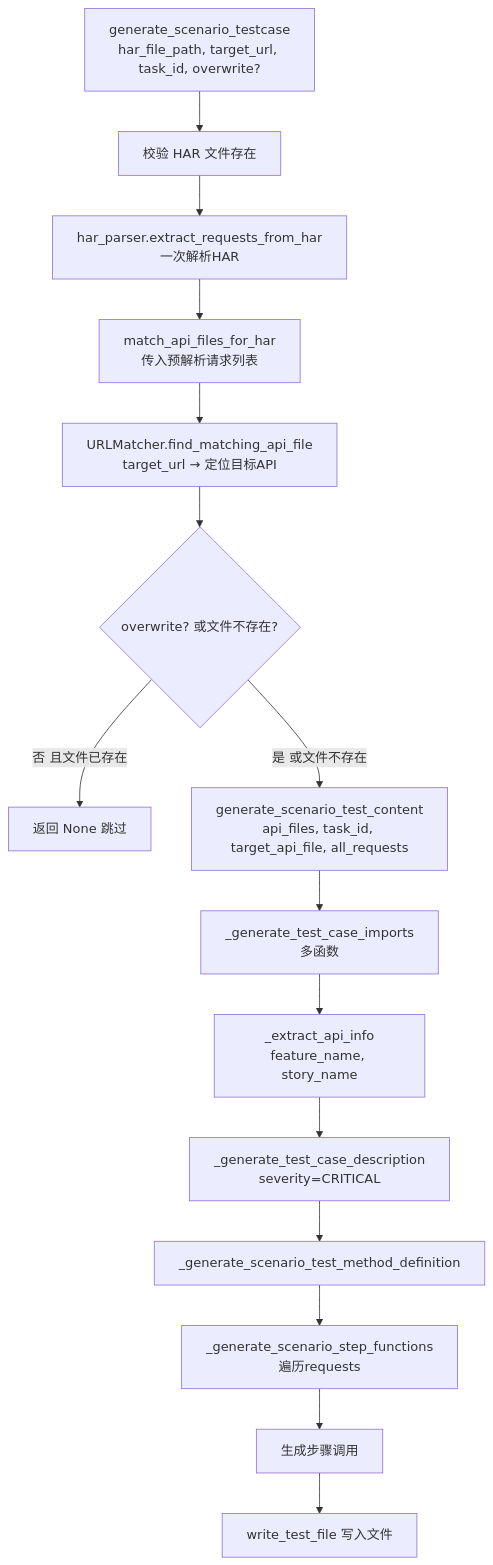
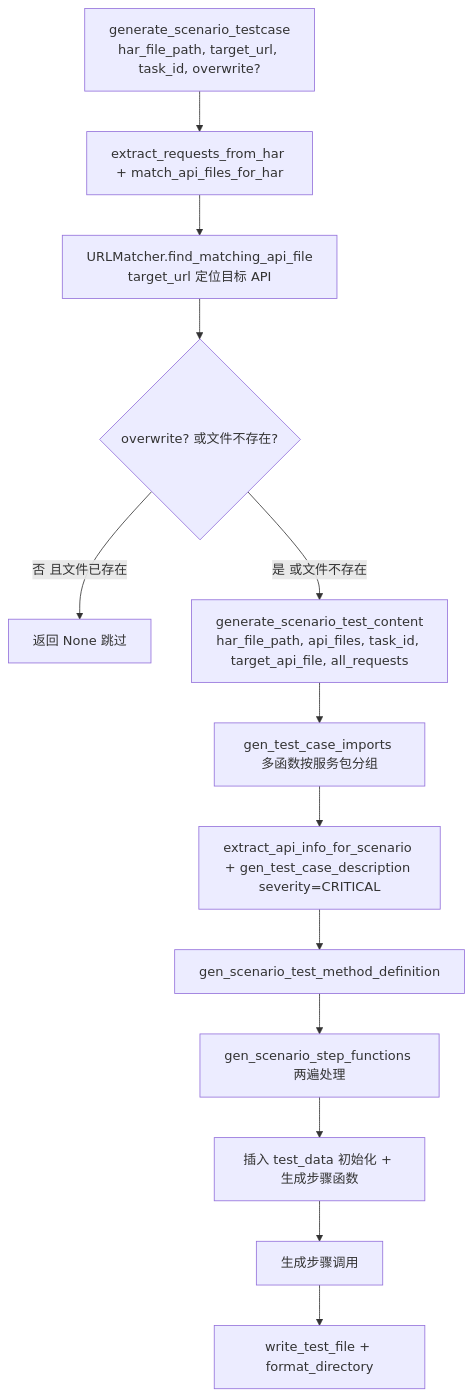
One commit to hewei198711/har2pytest changed the second of 3 diagrams in docs/testcase_generation_modes.md. Above: the diagram before and after it, drawn with Mermaid. The commit also changed other lines of this file and 14 other files, not shown here.

````diff
--- a/docs/testcase_generation_modes.md
+++ b/docs/testcase_generation_modes.md
@@ -160,17 +244,15 @@
 ```mermaid
 flowchart TD
-    A[generate_scenario_testcase<br/>har_file_path, target_url, task_id, overwrite?] --> B[校验 HAR 文件存在]
-    B --> C[har_parser.extract_requests_from_har<br/>一次解析HAR]
-    C --> D[match_api_files_for_har<br/>传入预解析请求列表]
-    D --> E[URLMatcher.find_matching_api_file<br/>target_url → 定位目标API]
-    E --> F{overwrite? 或文件不存在?}
-    F -->|否 且文件已存在| G[返回 None 跳过]
-    F -->|是 或文件不存在| H[generate_scenario_test_content<br/>api_files, task_id, target_api_file, all_requests]
-    H --> I[_generate_test_case_imports<br/>多函数]
-    I --> J[_extract_api_info<br/>feature_name, story_name]
-    J --> K[_generate_test_case_description<br/>severity=CRITICAL]
-    K --> L[_generate_scenario_test_method_definition]
-    L --> M[_generate_scenario_step_functions<br/>遍历requests]
-    M --> N[生成步骤调用]
-    N --> O[write_test_file 写入文件]
+    A[generate_scenario_testcase<br/>har_file_path, target_url, task_id, overwrite?] --> B[extract_requests_from_har + match_api_files_for_har]
+    B --> C[URLMatcher.find_matching_api_file<br/>target_url 定位目标 API]
+    C --> D{overwrite? 或文件不存在?}
+    D -->|否 且文件已存在| E[返回 None 跳过]
+    D -->|是 或文件不存在| F[generate_scenario_test_content<br/>har_file_path, api_files, task_id, target_api_file, all_requests]
+    F --> G[gen_test_case_imports 多函数按服务包分组]
+    G --> H[extract_api_info_for_scenario + gen_test_case_description severity=CRITICAL]
+    H --> I[gen_scenario_test_method_definition]
+    I --> J[gen_scenario_step_functions 两遍处理]
+    J --> K[插入 test_data 初始化 + 生成步骤函数]
+    K --> L[生成步骤调用]
+    L --> M[write_test_file + format_directory]
 ```
````
